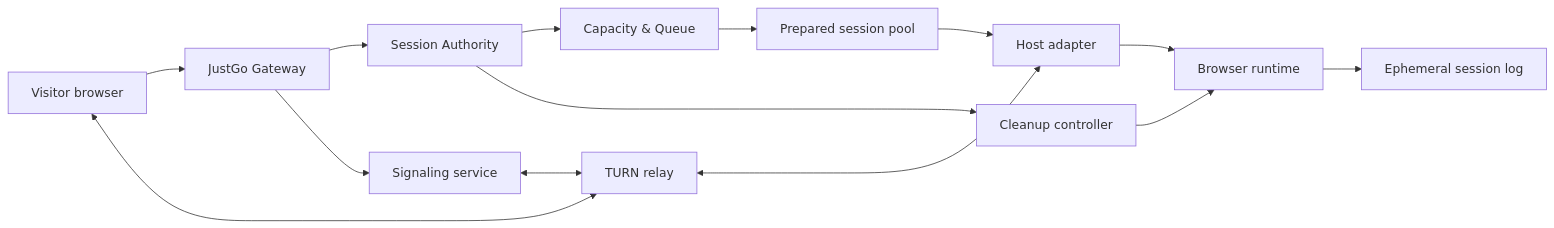
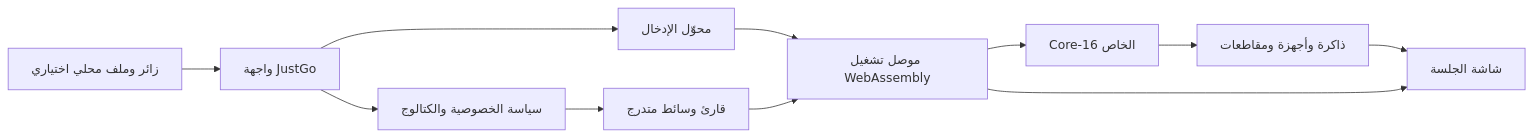
Before and after one commit to Maaazn/justgo.github.io: the first of 2 diagrams in docs/architecture.md, drawn with Mermaid. The commit also changed other lines of this file, not shown here.

Commit message:
docs: align architecture with local engine

````diff
--- a/docs/architecture.md
+++ b/docs/architecture.md
@@ -11,16 +11,13 @@
 ```mermaid
 flowchart LR
-  V[Visitor browser] --> G[JustGo Gateway]
-  G --> A[Session Authority]
-  A --> Q[Capacity & Queue]
-  Q --> P[Prepared session pool]
-  P --> H[Host adapter]
-  H --> R[Browser runtime]
-  G --> S[Signaling service]
-  S <--> T[TURN relay]
-  V <--> T
-  T <--> H
-  R --> L[Ephemeral session log]
-  A --> C[Cleanup controller]
-  C --> R
+  U[زائر وملف محلي اختياري] --> W[واجهة JustGo]
+  W --> P[سياسة الخصوصية والكتالوج]
+  P --> M[قارئ وسائط متدرج]
+  W --> I[محوّل الإدخال]
+  I --> R[موصل تشغيل WebAssembly]
+  M --> R
+  R --> C[Core-16 الخاص]
+  C --> D[ذاكرة وأجهزة ومقاطعات]
+  D --> S[شاشة الجلسة]
+  R --> S
 ```
````
